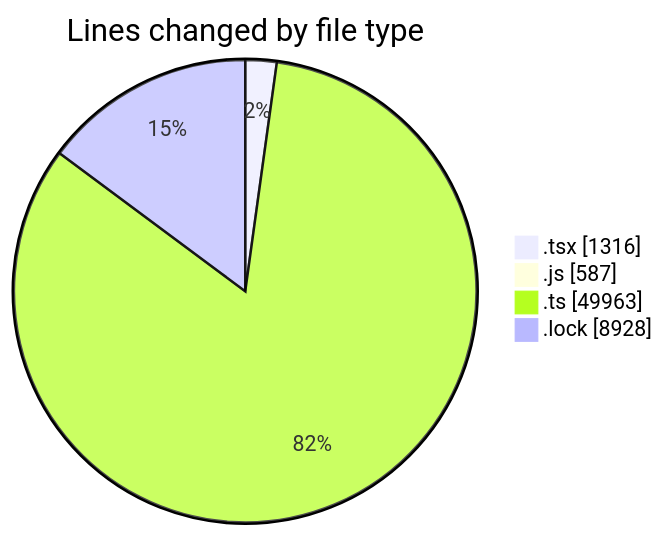
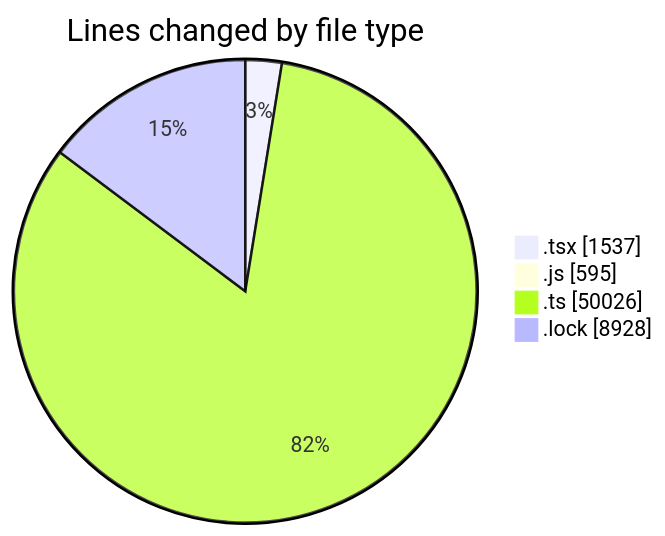
The first of 2 diagrams in 2026-09-16/cda/README.md (momahboobian/code-tracking), drawn with Mermaid before and after one commit. The commit also changed other lines of this file and 1 other file, not shown here.

````diff
--- a/2026-09-16/cda/README.md
+++ b/2026-09-16/cda/README.md
@@ -48,8 +48,8 @@
 ```mermaid
 pie showData
 title Lines changed by file type
-".tsx" : 1316
-".js" : 587
-".ts" : 49963
+".tsx" : 1537
+".js" : 595
+".ts" : 50026
 ".lock" : 8928
 ```
````
